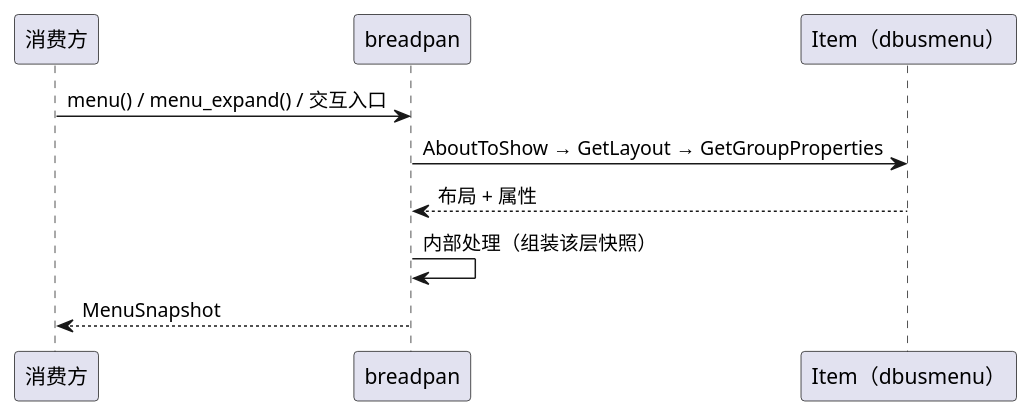
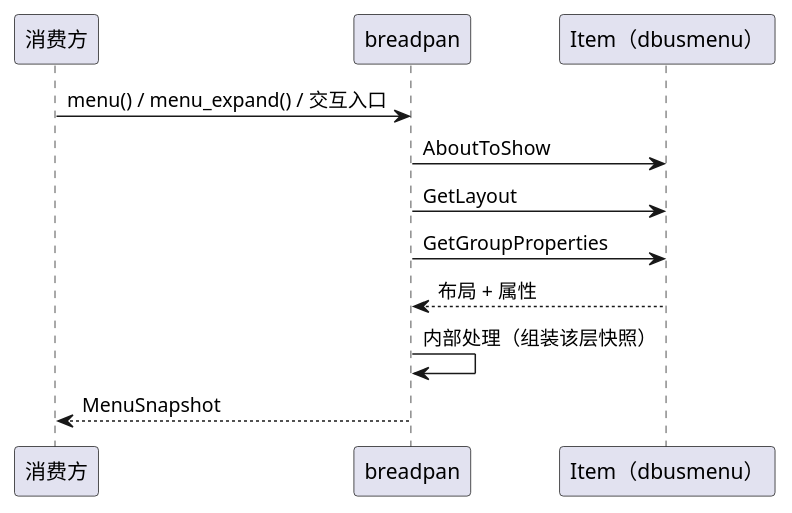
The diagram in breadpan/diagram/breadpan-menu.puml (54m43lJ/BreadKnife), drawn with PlantUML before and after one commit. The commit also changed 18 other files, not shown here.

```diff
--- a/breadpan/diagram/breadpan-menu.puml
+++ b/breadpan/diagram/breadpan-menu.puml
@@ -1,11 +1,13 @@
 @startuml breadpan-menu
 participant 消费方
 participant breadpan
 participant "Item（dbusmenu）" as item
 
 消费方 -> breadpan: menu() / menu_expand() / 交互入口
-breadpan -> item: AboutToShow → GetLayout → GetGroupProperties
+breadpan -> item: AboutToShow
+breadpan -> item: GetLayout
+breadpan -> item: GetGroupProperties
 item --> breadpan: 布局 + 属性
 breadpan -> breadpan: 内部处理（组装该层快照）
 breadpan --> 消费方: MenuSnapshot
 @enduml
```
